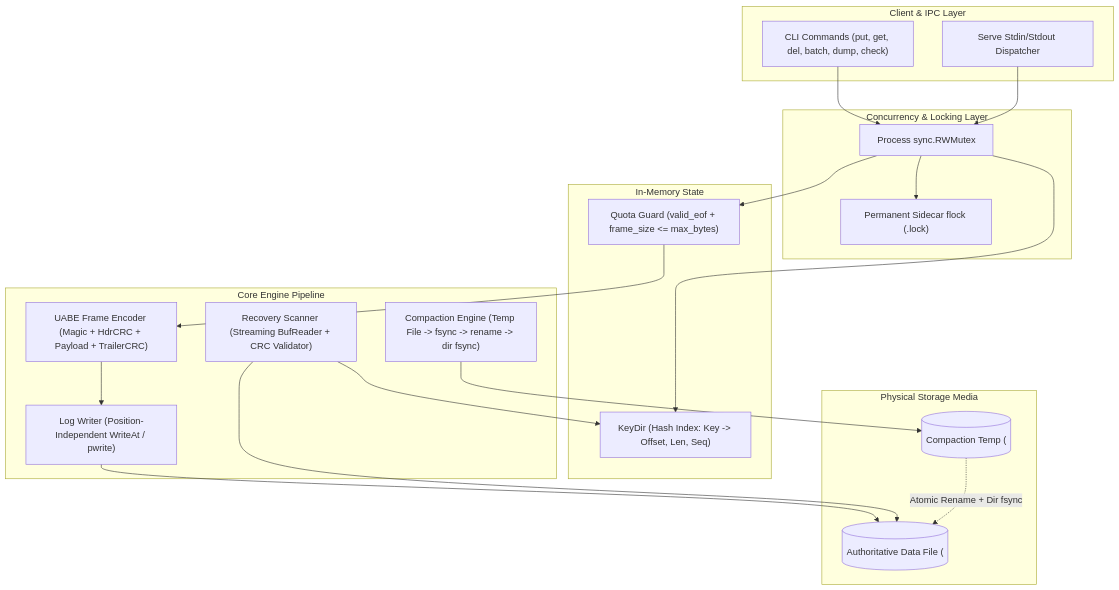
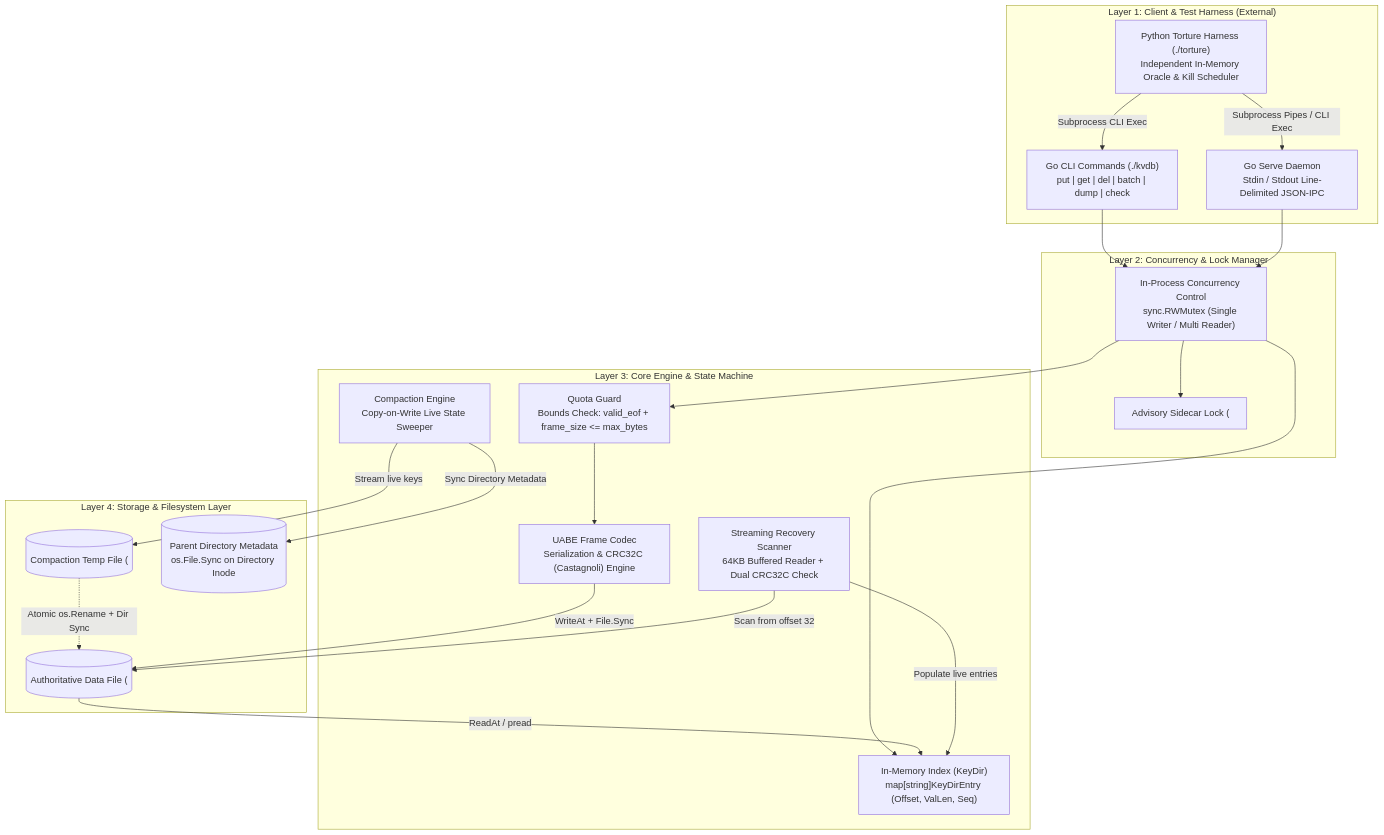
One commit to LYK-02/HashCode changed the first of 4 diagrams in ARCHITECTURE.md. Above: the diagram before and after it, drawn with Mermaid. The commit also changed other lines of this file and 9 other files, not shown here.

Commit message:
docs(architecture): partition into HLA and LLA with simple inline diagrams

````diff
--- a/ARCHITECTURE.md
+++ b/ARCHITECTURE.md
@@ -20,42 +16,48 @@
 ```mermaid
 flowchart TD
-    subgraph ClientLayer ["Client & IPC Layer"]
-        CLI["CLI Commands (put, get, del, batch, dump, check)"]
-        Serve["Serve Stdin/Stdout Dispatcher"]
+    subgraph Layer1 ["Layer 1: Client & Test Harness (External)"]
+        Harness["Python Torture Harness (./torture)<br/>Independent In-Memory Oracle & Kill Scheduler"]
+        CLI["Go CLI Commands (./kvdb)<br/>put | get | del | batch | dump | check"]
+        Serve["Go Serve Daemon<br/>Stdin / Stdout Line-Delimited JSON-IPC"]
     end
 
-    subgraph LockLayer ["Concurrency & Locking Layer"]
-        Flock["Permanent Sidecar flock (<db>.lock)"]
-        RwLock["Process sync.RWMutex"]
+    subgraph Layer2 ["Layer 2: Concurrency & Lock Manager"]
+        SidecarLock["Advisory Sidecar Lock (<path>.lock)<br/>syscall.Flock(fd, LOCK_EX)"]
+        RwMutex["In-Process Concurrency Control<br/>sync.RWMutex (Single Writer / Multi Reader)"]
     end
 
-    subgraph MemoryLayer ["In-Memory State"]
-        KeyDir["KeyDir (Hash Index: Key -> Offset, Len, Seq)"]
-        QuotaGuard["Quota Guard (valid_eof + frame_size <= max_bytes)"]
+    subgraph Layer3 ["Layer 3: Core Engine & State Machine"]
+        QuotaGuard["Quota Guard<br/>Bounds Check: valid_eof + frame_size <= max_bytes"]
+        Codec["UABE Frame Codec<br/>Serialization & CRC32C (Castagnoli) Engine"]
+        KeyDir["In-Memory Index (KeyDir)<br/>map[string]KeyDirEntry (Offset, ValLen, Seq)"]
+        RecoveryScanner["Streaming Recovery Scanner<br/>64KB Buffered Reader + Dual CRC32C Check"]
+        Compactor["Compaction Engine<br/>Copy-on-Write Live State Sweeper"]
     end
 
-    subgraph EngineLayer ["Core Engine Pipeline"]
-        Encoder["UABE Frame Encoder (Magic + HdrCRC + Payload + TrailerCRC)"]
-        Writer["Log Writer (Position-Independent WriteAt / pwrite)"]
-        Recovery["Recovery Scanner (Streaming BufReader + CRC Validator)"]
-        Compactor["Compaction Engine (Temp File -> fsync -> rename -> dir fsync)"]
+    subgraph Layer4 ["Layer 4: Storage & Filesystem Layer"]
+        ActiveDB[("Authoritative Data File (<path>)<br/>32B File Header + Contiguous UABE Frames")]
+        TempDB[("Compaction Temp File (<path>.compact.tmp)")]
+        ParentDir[("Parent Directory Metadata<br/>os.File.Sync on Directory Inode")]
     end
 
-    subgraph StorageLayer ["Physical Storage Media"]
-        DataFile[("Authoritative Data File (<path>)")]
-        TempFile[("Compaction Temp (<path>.compact.tmp)")]
-    end
+    %% External Connections
+    Harness -->|Subprocess Pipes / CLI Exec| Serve
+    Harness -->|Subprocess CLI Exec| CLI
+    CLI --> RwMutex
+    Serve --> RwMutex
 
-    CLI --> RwLock
-    Serve --> RwLock
-    RwLock --> Flock
-    RwLock --> QuotaGuard
-    QuotaGuard --> Encoder
-    Encoder --> Writer
-    Writer --> DataFile
-    Recovery --> DataFile
-    Recovery --> KeyDir
-    Compactor --> TempFile
-    TempFile -.->|Atomic Rename + Dir fsync| DataFile
-    RwLock --> KeyDir
+    %% Concurrency Connections
+    RwMutex --> SidecarLock
+    RwMutex --> QuotaGuard
+    RwMutex --> KeyDir
+
+    %% Pipeline Connections
+    QuotaGuard --> Codec
+    Codec -->|WriteAt + File.Sync| ActiveDB
+    ActiveDB -->|ReadAt / pread| KeyDir
+    RecoveryScanner -->|Scan from offset 32| ActiveDB
+    RecoveryScanner -->|Populate live entries| KeyDir
+    Compactor -->|Stream live keys| TempDB
+    TempDB -.->|Atomic os.Rename + Dir Sync| ActiveDB
+    Compactor -->|Sync Directory Metadata| ParentDir
 ```
````
